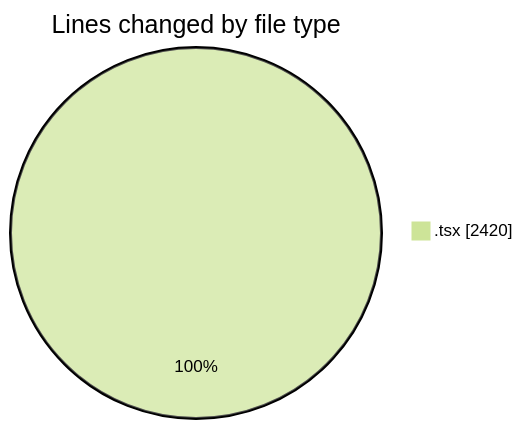
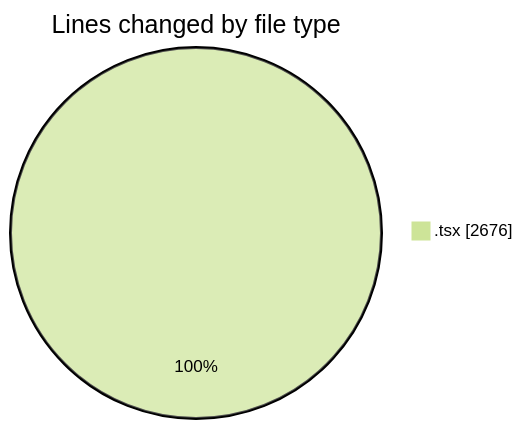
One commit to momahboobian/code-tracking changed the first of 2 diagrams in 2025-11-21/cda/README.md. Above: the diagram before and after it, drawn with Mermaid (forest theme). The commit also changed other lines of this file and 1 other file, not shown here.

````diff
--- a/2025-11-21/cda/README.md
+++ b/2025-11-21/cda/README.md
@@ -22,5 +23,5 @@
 ```mermaid
 pie showData
 title Lines changed by file type
-".tsx" : 2420
+".tsx" : 2676
 ```
````
